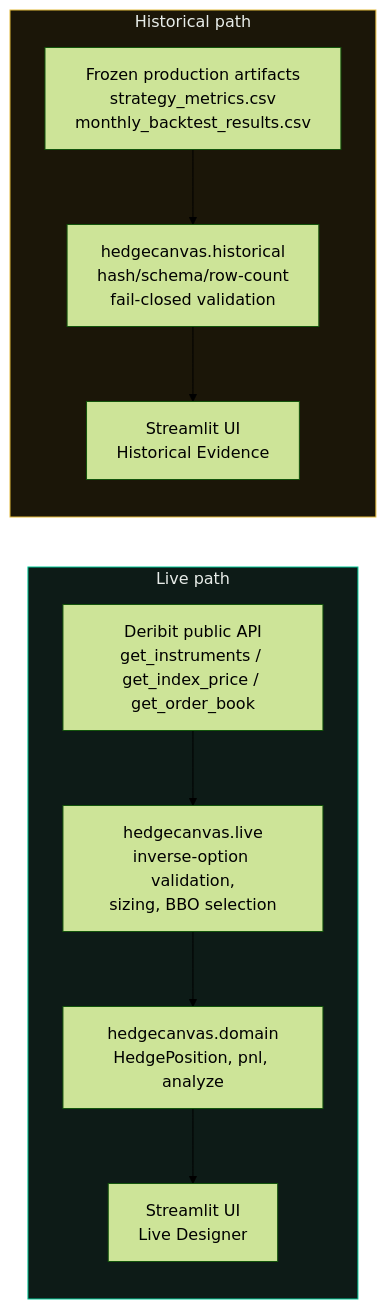
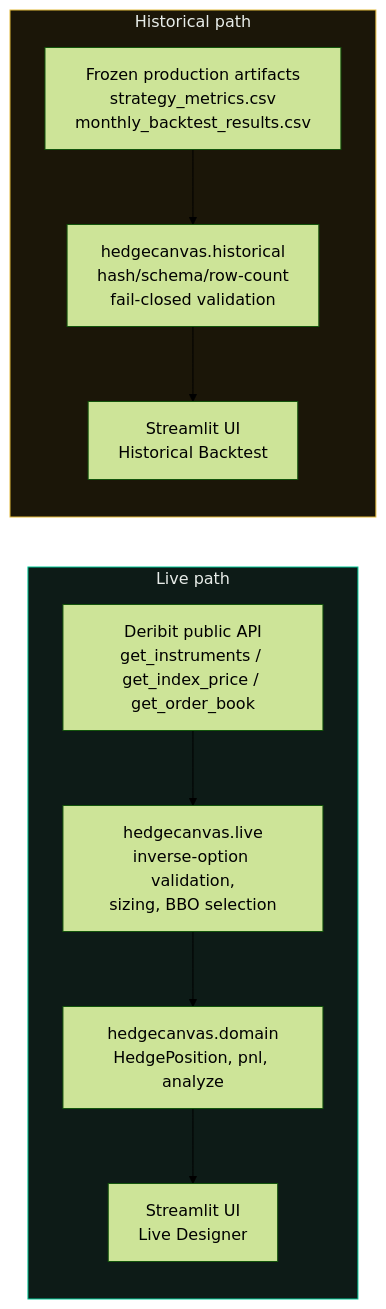
The diagram in docs/thesis_evidence/ARCHITECTURE.md (vasicmateja/hedgecanvas), drawn with Mermaid (forest theme) before and after one commit. The commit also changed other lines of this file and 17 other files, not shown here.

````diff
--- a/docs/thesis_evidence/ARCHITECTURE.md
+++ b/docs/thesis_evidence/ARCHITECTURE.md
@@ -19,16 +19,16 @@
 ```mermaid
 flowchart LR
     subgraph LIVE["Live path"]
         A[Deribit public API<br/>get_instruments / get_index_price / get_order_book] --> B[hedgecanvas.live<br/>inverse-option validation,<br/>sizing, BBO selection]
         B --> C[hedgecanvas.domain<br/>HedgePosition, pnl, analyze]
         C --> D[Streamlit UI<br/>Live Designer]
     end
 
     subgraph HIST["Historical path"]
         E[Frozen production artifacts<br/>strategy_metrics.csv<br/>monthly_backtest_results.csv] --> F[hedgecanvas.historical<br/>hash/schema/row-count<br/>fail-closed validation]
-        F --> G[Streamlit UI<br/>Historical Evidence]
+        F --> G[Streamlit UI<br/>Historical Backtest]
     end
 
     style LIVE fill:#0d1b17,stroke:#00c896,color:#e8ede9
     style HIST fill:#1b1608,stroke:#e2b93b,color:#e8ede9
 ```
````
